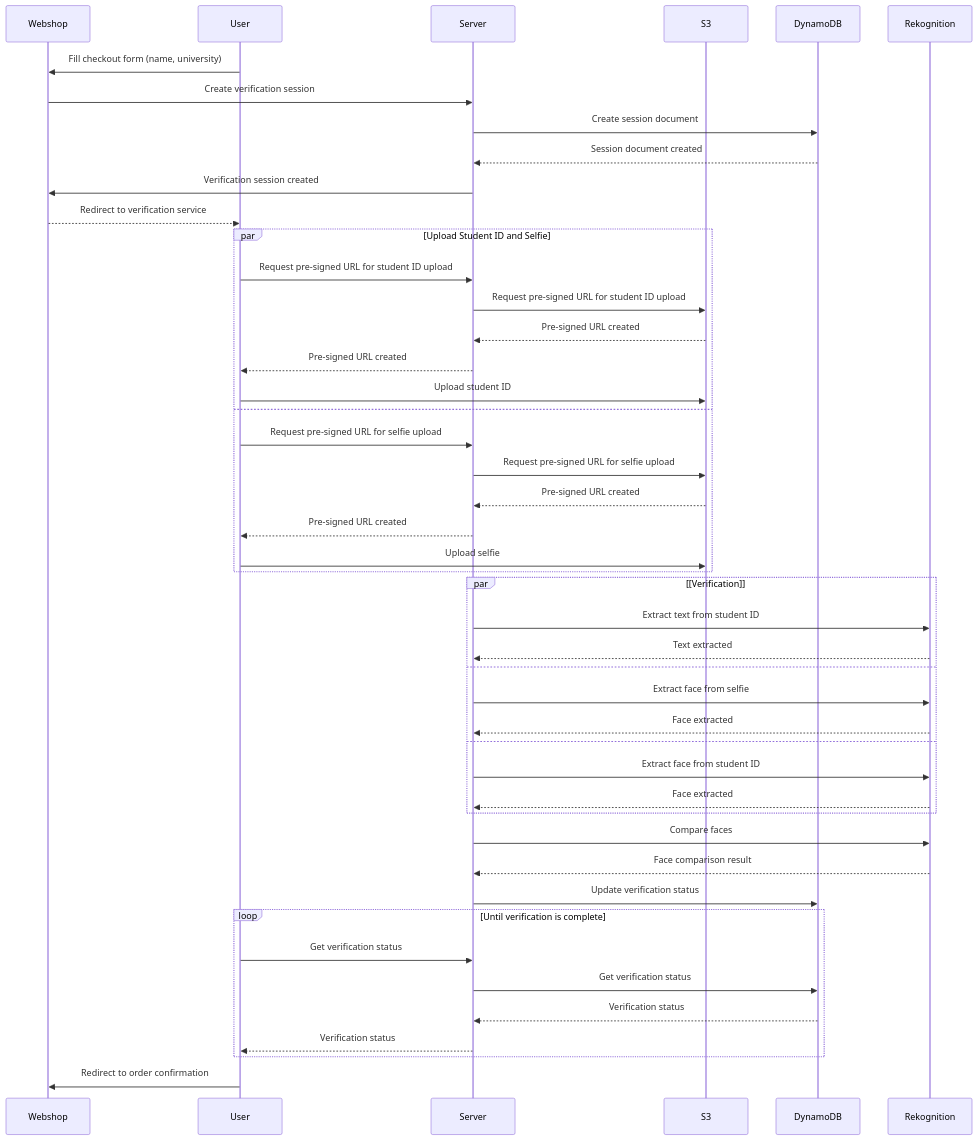
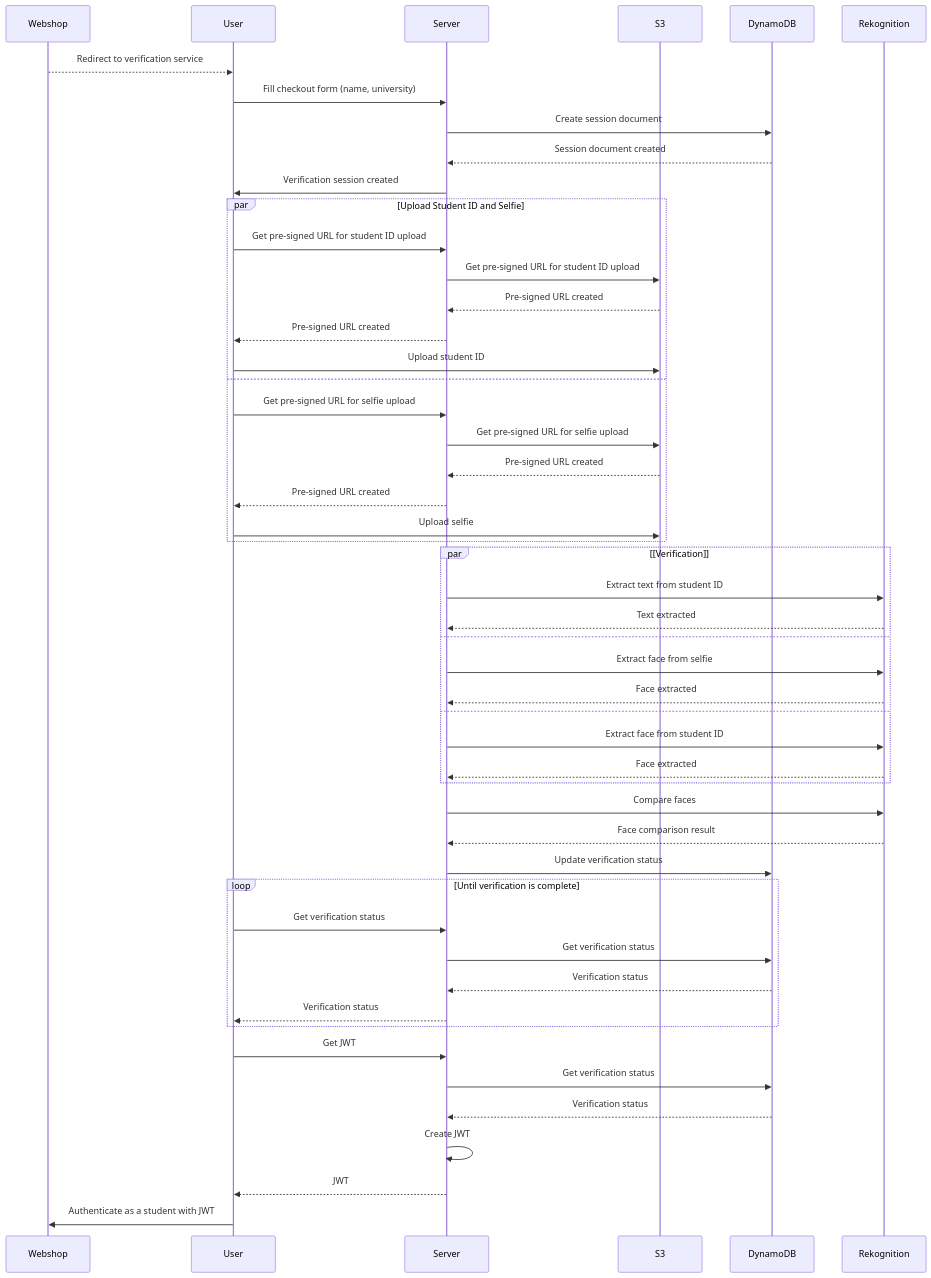
Before and after one commit to pierre-jezegou/kys: the second of 2 diagrams in docs/API.md, drawn with Mermaid. The commit also changed other lines of this file, not shown here.

Commit message:
Update verification sequence diagram

````diff
--- a/docs/API.md
+++ b/docs/API.md
@@ -92,55 +92,61 @@
 ```mermaid
 sequenceDiagram
     participant Webshop
     participant User
     participant Server
     participant S3
     participant DynamoDB
     participant Rekognition
 
-    User->>Webshop: Fill checkout form (name, university)
-    Webshop->>Server: Create verification session
+    Webshop-->>User: Redirect to verification service
+
+    User->>Server: Fill checkout form (name, university)
     Server->>DynamoDB: Create session document
     DynamoDB-->>Server: Session document created
-    Server->>Webshop: Verification session created
-    Webshop-->>User: Redirect to verification service
+    Server->>User: Verification session created
+
 
     par Upload Student ID and Selfie
-        User->>Server: Request pre-signed URL for student ID upload
-        Server->>S3: Request pre-signed URL for student ID upload
+        User->>Server: Get pre-signed URL for student ID upload
+        Server->>S3: Get pre-signed URL for student ID upload
         S3-->>Server: Pre-signed URL created
         Server-->>User: Pre-signed URL created
         User->>S3: Upload student ID
     and
-        User->>Server: Request pre-signed URL for selfie upload
-        Server->>S3: Request pre-signed URL for selfie upload
+        User->>Server: Get pre-signed URL for selfie upload
+        Server->>S3: Get pre-signed URL for selfie upload
         S3-->>Server: Pre-signed URL created
         Server-->>User: Pre-signed URL created
         User->>S3: Upload selfie
     end
 
     par [Verification]
         Server->>Rekognition: Extract text from student ID
         Rekognition-->>Server: Text extracted
     and
         Server->>Rekognition: Extract face from selfie
         Rekognition-->>Server: Face extracted
     and
         Server->>Rekognition: Extract face from student ID
         Rekognition-->>Server: Face extracted
     end
 
     Server->>Rekognition: Compare faces
     Rekognition-->>Server: Face comparison result
 
     Server->>DynamoDB: Update verification status
 
     loop Until verification is complete
         User->>Server: Get verification status
         Server->>DynamoDB: Get verification status
         DynamoDB-->>Server: Verification status
         Server-->>User: Verification status
     end
 
-    User->>Webshop: Redirect to order confirmation
+    User->>Server: Get JWT
+    Server->>DynamoDB: Get verification status
+    DynamoDB-->>Server: Verification status
+    Server->>Server: Create JWT
+    Server-->>User: JWT
+    User->>Webshop: Authenticate as a student with JWT
 ```
````
